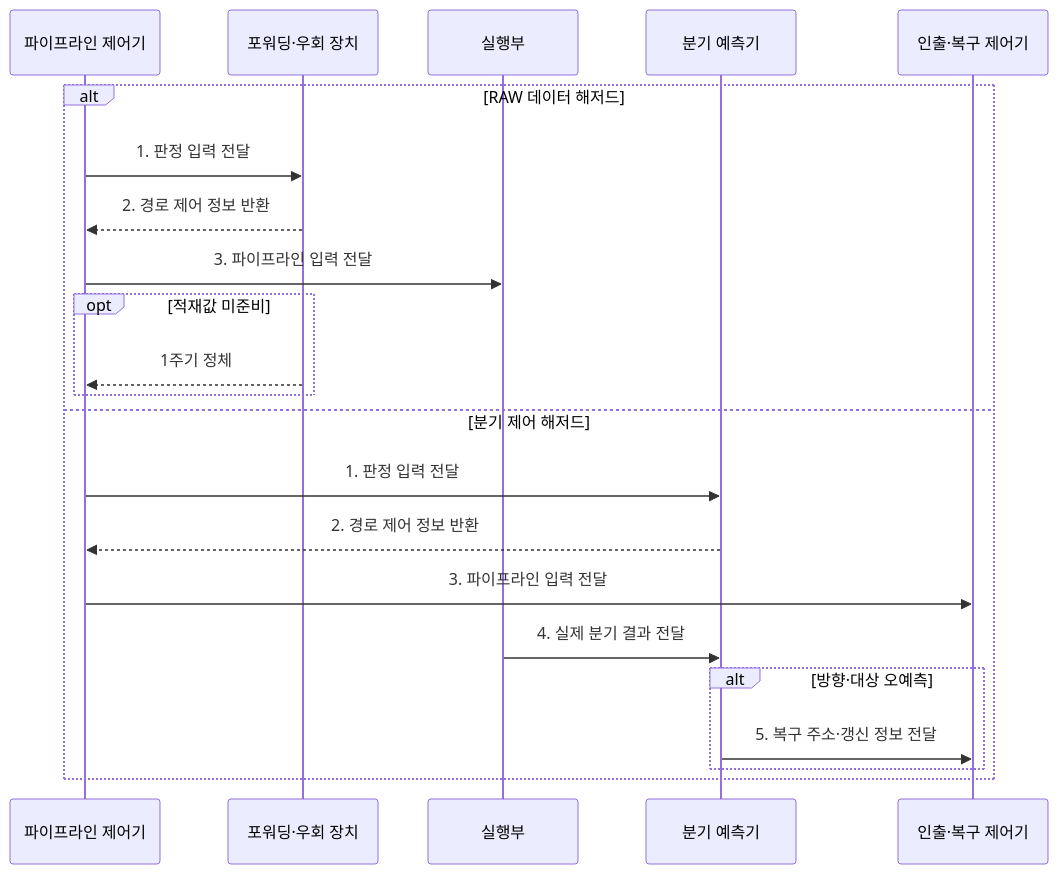
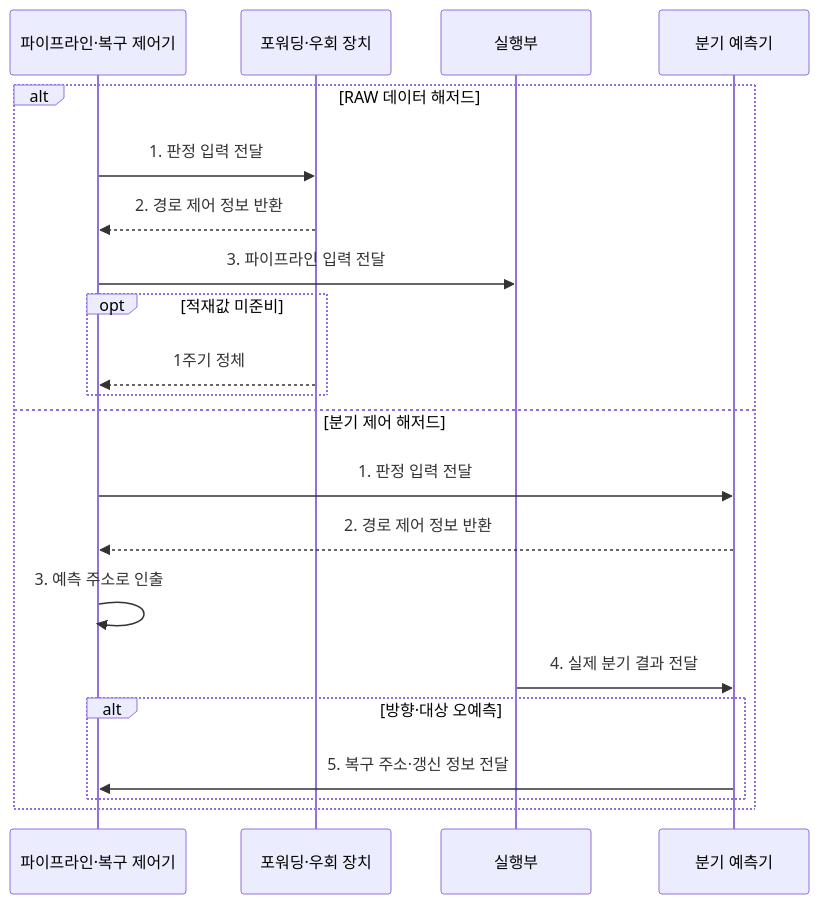
Before and after one commit to agnusdei1207/knowledge-base: the second of 2 diagrams in src/content/docs/notes/02-hardware/008_pipeline_forwarding_branch_prediction.md, drawn with Mermaid. The commit also changed other lines of this file and 3 other files, not shown here.

Commit message:
Simplify processor architecture flows

````diff
--- a/src/content/docs/notes/02-hardware/008_pipeline_forwarding_branch_prediction.md
+++ b/src/content/docs/notes/02-hardware/008_pipeline_forwarding_branch_prediction.md
@@ -96,24 +96,23 @@
 ```mermaid
 sequenceDiagram
-    participant C as 파이프라인 제어기
+    participant C as 파이프라인·복구 제어기
     participant D as 포워딩·우회 장치
     participant E as 실행부
     participant B as 분기 예측기
-    participant I as 인출·복구 제어기
     alt RAW 데이터 해저드
         C->>D: 1. 판정 입력 전달
         D-->>C: 2. 경로 제어 정보 반환
         C->>E: 3. 파이프라인 입력 전달
         opt 적재값 미준비
             D-->>C: 1주기 정체
         end
     else 분기 제어 해저드
         C->>B: 1. 판정 입력 전달
         B-->>C: 2. 경로 제어 정보 반환
-        C->>I: 3. 파이프라인 입력 전달
+        C->>C: 3. 예측 주소로 인출
         E->>B: 4. 실제 분기 결과 전달
         alt 방향·대상 오예측
-            B->>I: 5. 복구 주소·갱신 정보 전달
+            B->>C: 5. 복구 주소·갱신 정보 전달
         end
     end
 ```
````
